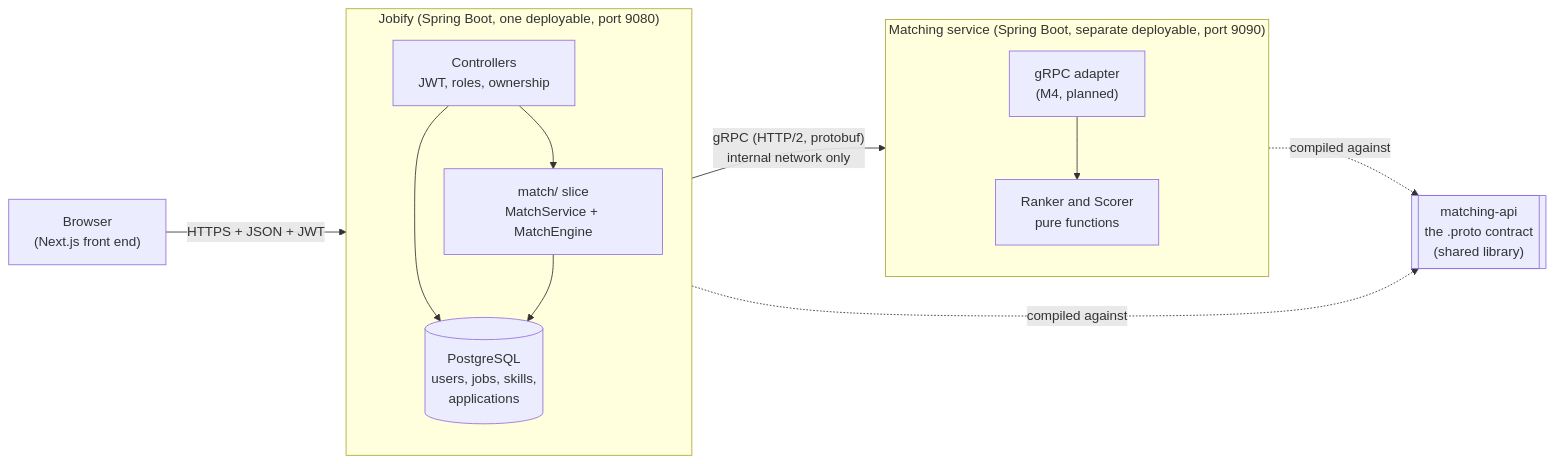
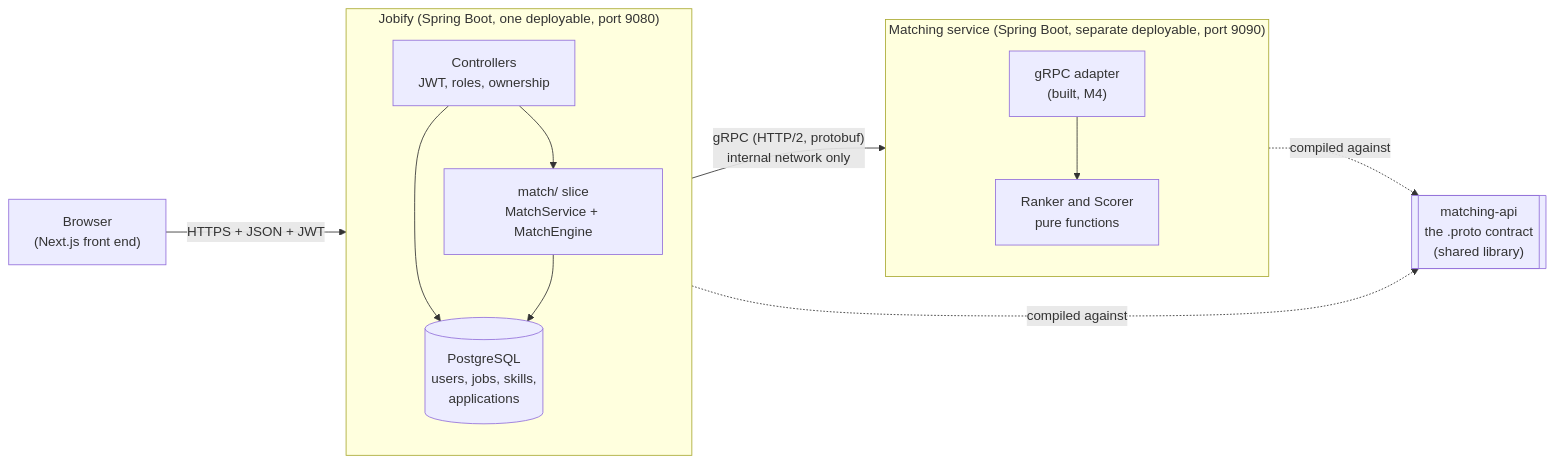
Before and after one commit to covenant-alliance/jobify: the first of 13 diagrams in docs/MATCHING_ARCHITECTURE.md, drawn with Mermaid. The commit also changed other lines of this file and 14 other files, not shown here.

````diff
--- a/docs/MATCHING_ARCHITECTURE.md
+++ b/docs/MATCHING_ARCHITECTURE.md
@@ -28,24 +29,24 @@
 ```mermaid
 flowchart LR
     B["Browser<br/>(Next.js front end)"]
     subgraph J["Jobify  (Spring Boot, one deployable, port 9080)"]
         direction TB
         JC["Controllers<br/>JWT, roles, ownership"]
         JM["match/ slice<br/>MatchService + MatchEngine"]
         JD[("PostgreSQL<br/>users, jobs, skills,<br/>applications")]
         JC --> JM
         JC --> JD
         JM --> JD
     end
     subgraph M["Matching service  (Spring Boot, separate deployable, port 9090)"]
         direction TB
-        MG["gRPC adapter<br/>(M4, planned)"]
+        MG["gRPC adapter<br/>(built, M4)"]
         MS["Ranker and Scorer<br/>pure functions"]
         MG --> MS
     end
     B -- "HTTPS + JSON + JWT" --> JC
     JM -- "gRPC (HTTP/2, protobuf)<br/>internal network only" --> MG
     CONTRACT[["matching-api<br/>the .proto contract<br/>(shared library)"]]
     JM -. "compiled against" .-> CONTRACT
     MG -. "compiled against" .-> CONTRACT
 ```
````
